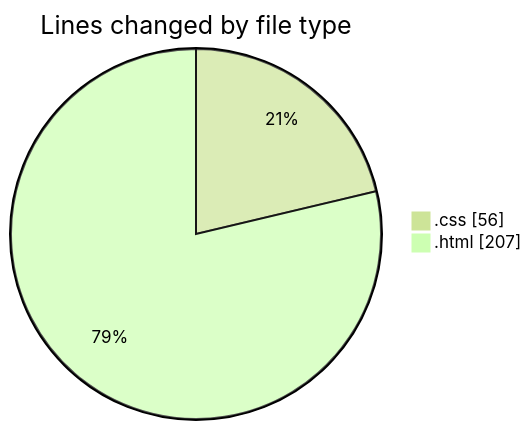
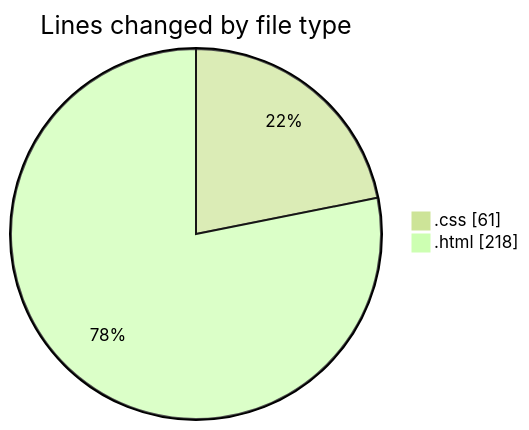
One commit to NitaiMahat/code-tracking changed the first of 2 diagrams in 2025-02-04/recipe-page-main/README.md. Above: the diagram before and after it, drawn with Mermaid (forest theme). The commit also changed other lines of this file and 1 other file, not shown here.

````diff
--- a/2025-02-04/recipe-page-main/README.md
+++ b/2025-02-04/recipe-page-main/README.md
@@ -21,6 +21,6 @@
 ```mermaid
 pie showData
 title Lines changed by file type
-".css" : 56
-".html" : 207
+".css" : 61
+".html" : 218
 ```
````
